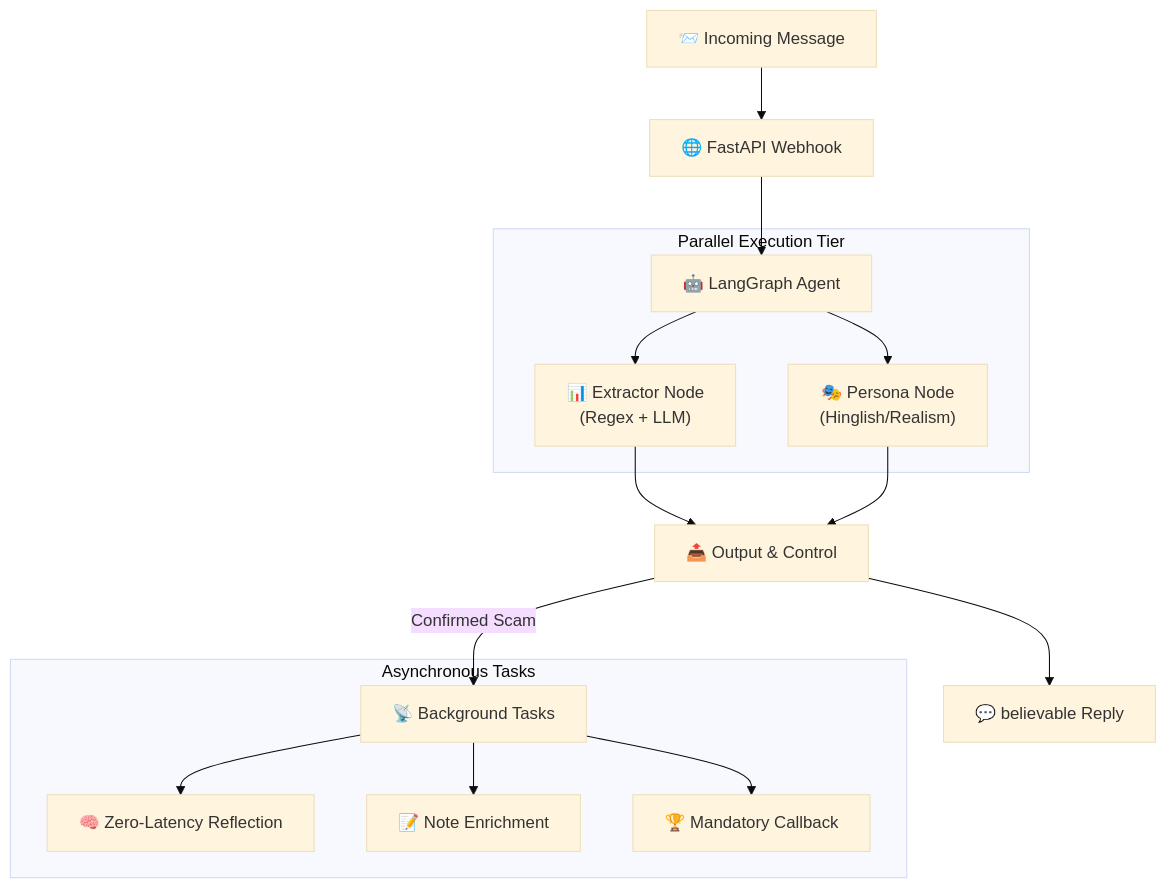
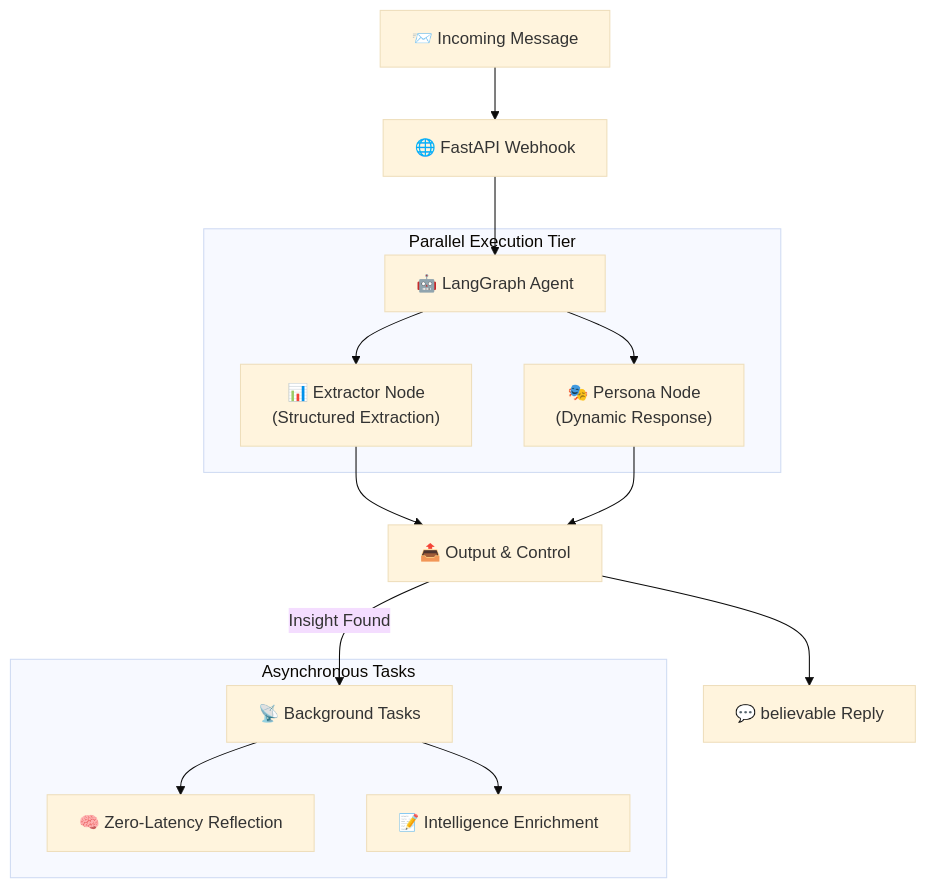
One commit to rohzhegde26/agentic-honeypot-submission changed the diagram in README.md. Above: the diagram before and after it, drawn with Mermaid (base theme). The commit also changed other lines of this file and 1 other file, not shown here.

````diff
--- a/README.md
+++ b/README.md
@@ -51,22 +61,21 @@
 ```mermaid
 graph TD
     A["📨 Incoming Message"] --> B["🌐 FastAPI Webhook"]
     B --> C["🤖 LangGraph Agent"]
     
     subgraph "Parallel Execution Tier"
-        C --> D["📊 Extractor Node<br/>(Regex + LLM)"]
-        C --> E["🎭 Persona Node<br/>(Hinglish/Realism)"]
+        C --> D["📊 Extractor Node<br/>(Structured Extraction)"]
+        C --> E["🎭 Persona Node<br/>(Dynamic Response)"]
     end
     
     D --> F["📤 Output & Control"]
     E --> F
     
     F --> G["💬 believable Reply"]
-    F -->|"Confirmed Scam"| H["📡 Background Tasks"]
+    F -->|"Insight Found"| H["📡 Background Tasks"]
     
     subgraph "Asynchronous Tasks"
         H --> I["🧠 Zero-Latency Reflection"]
-        H --> J["📝 Note Enrichment"]
-        H --> K["🏆 Mandatory Callback"]
+        H --> J["📝 Intelligence Enrichment"]
     end
 ```
````
